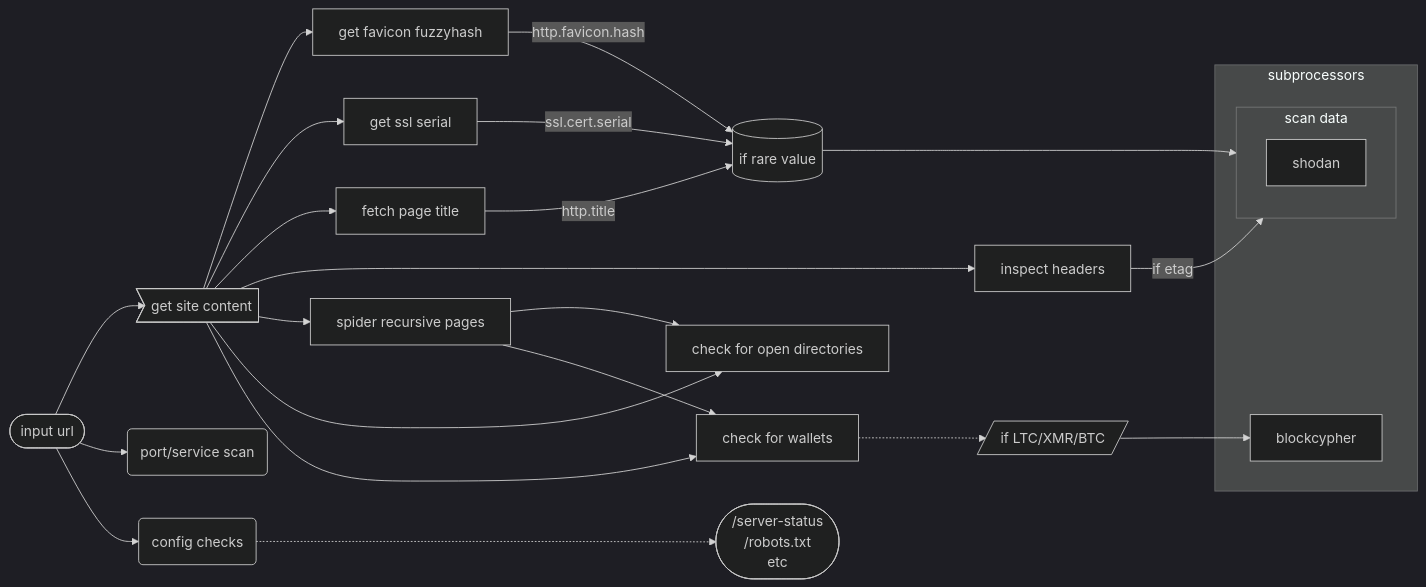
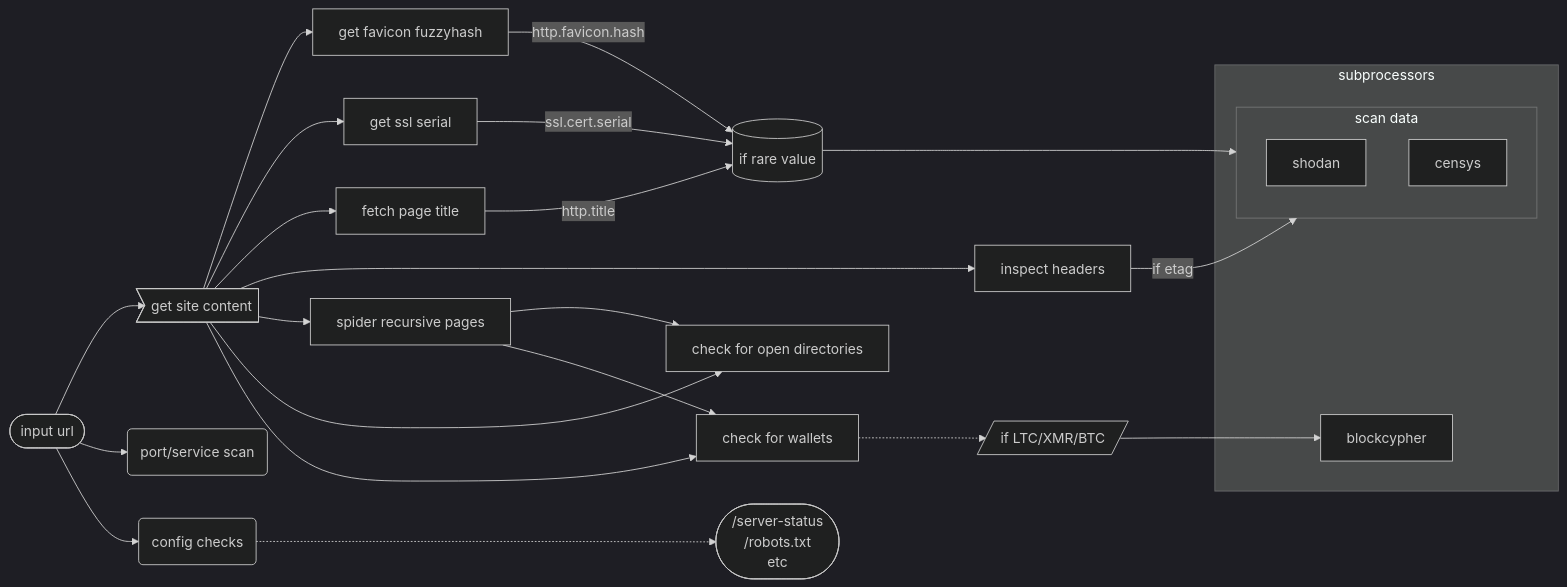
Before and after one commit to joshhighet/bebop: the diagram in README.md, drawn with Mermaid (dark theme).

Commit message:
add censys to mermaid

````diff
--- a/README.md
+++ b/README.md
@@ -11,33 +11,34 @@
 ```mermaid
 graph LR
     subgraph subprocessors
     blockcypher
         subgraph netscans[scan data]
         shodan
+        censys
         end
     end
     lookupsaver[(if rare value)]
     opndir[check for open directories]
     cryptoc[check for wallets]
     checks([/server-status\n/robots.txt\netc])
     anchor([input url]) -->mainget>get site content]
     anchor --> scan(port/service scan)
     anchor --> checker(config checks)
     checker -..-> checks
     mainget --> favicon[get favicon fuzzyhash]
     mainget --> sslserial[get ssl serial]
     sslserial --> |ssl.cert.serial| lookupsaver
     favicon --> |http.favicon.hash| lookupsaver
     mainget --> title[fetch page title]
     title --> |http.title| lookupsaver
     mainget --> headers[inspect headers]
     headers --> |if etag|netscans
     lookupsaver --> netscans
     mainget --> spider[spider recursive pages]
     mainget --> opndir
     spider --> opndir
     mainget --> cryptoc
     spider --> cryptoc
     cryptoc -..-> ifsupportedcoin[/if LTC/XMR/BTC/]
     ifsupportedcoin --> blockcypher
 ```
````
